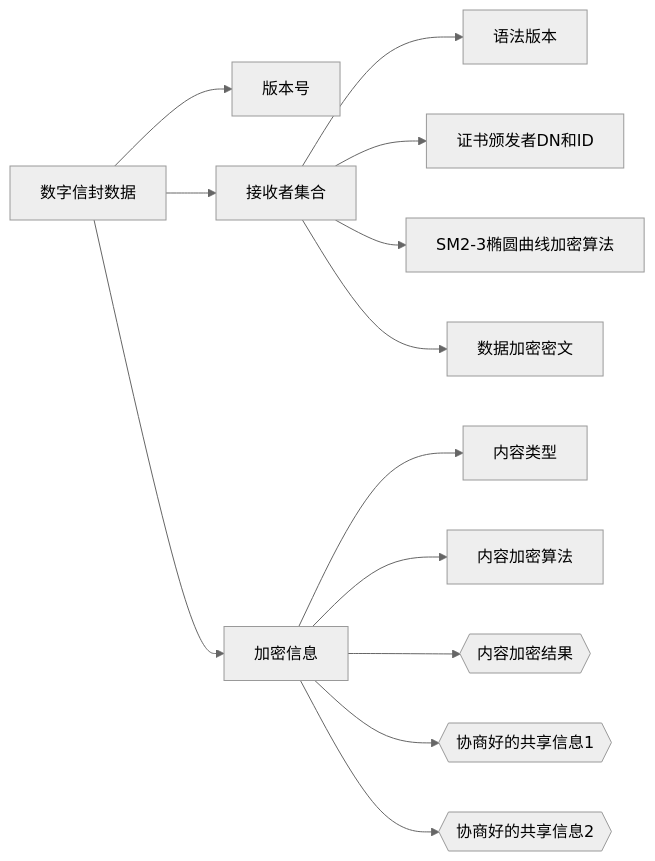
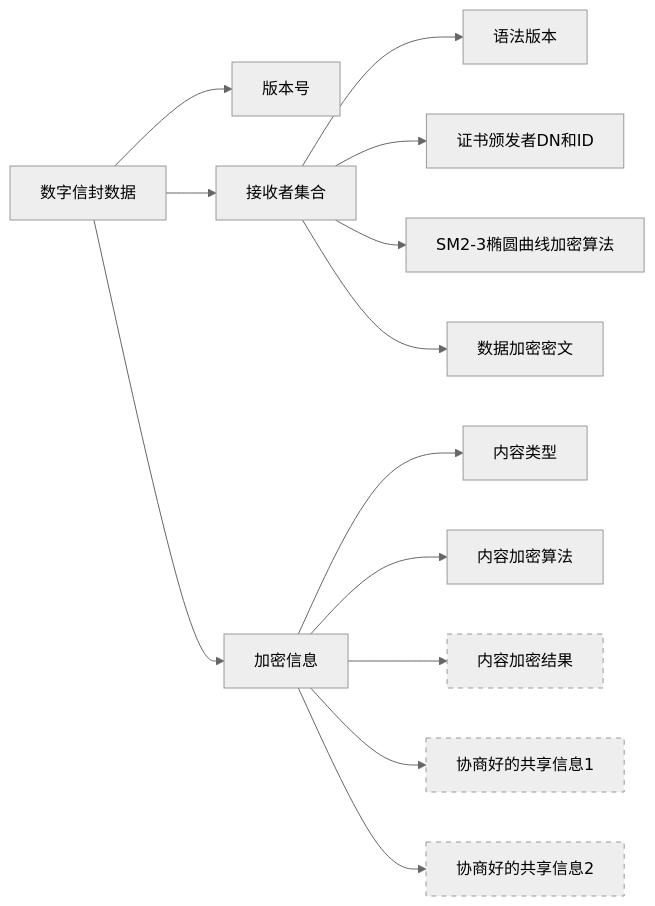
Before and after one commit to august295/august295.github.io: the second of 5 diagrams in _posts/2025-05-13-SM2密码算法加密签名消息语法规范.md, drawn with Mermaid (neutral theme). The commit also changed other lines of this file and 1 other file, not shown here.

Commit message:
fix: 修改 GitHub 和 Chirpy 不支持 mermaid 各种框类型，改为自定义

````diff
--- a/_posts/2025-05-13-SM2密码算法加密签名消息语法规范.md
+++ b/_posts/2025-05-13-SM2密码算法加密签名消息语法规范.md
@@ -92,15 +94,17 @@
 ```mermaid
 graph LR
+    classDef dashed stroke-dasharray: 5
+
     EnvelopedData[数字信封数据] --> version[版本号]
     EnvelopedData --> recipientInfos[接收者集合]
     EnvelopedData --> encryptedContentInfo[加密信息]
     recipientInfos --> ri_version[语法版本]
     recipientInfos --> ri_issuerAndSerialNumber[证书颁发者DN和ID]
     recipientInfos --> ri_keyEncryptionAlgorithm[SM2-3椭圆曲线加密算法]
     recipientInfos --> ri_encryptedKey[数据加密密文]
     encryptedContentInfo --> contentType[内容类型]
     encryptedContentInfo --> contentEncryptionAlgorithm[内容加密算法]
-    encryptedContentInfo --> encryptedContent{{内容加密结果}}
-    encryptedContentInfo --> sharedInfo1{{协商好的共享信息1}}
-    encryptedContentInfo --> sharedInfo2{{协商好的共享信息2}}
+    encryptedContentInfo --> encryptedContent[内容加密结果]:::dashed
+    encryptedContentInfo --> sharedInfo1[协商好的共享信息1]:::dashed
+    encryptedContentInfo --> sharedInfo2[协商好的共享信息2]:::dashed
 ```
````
